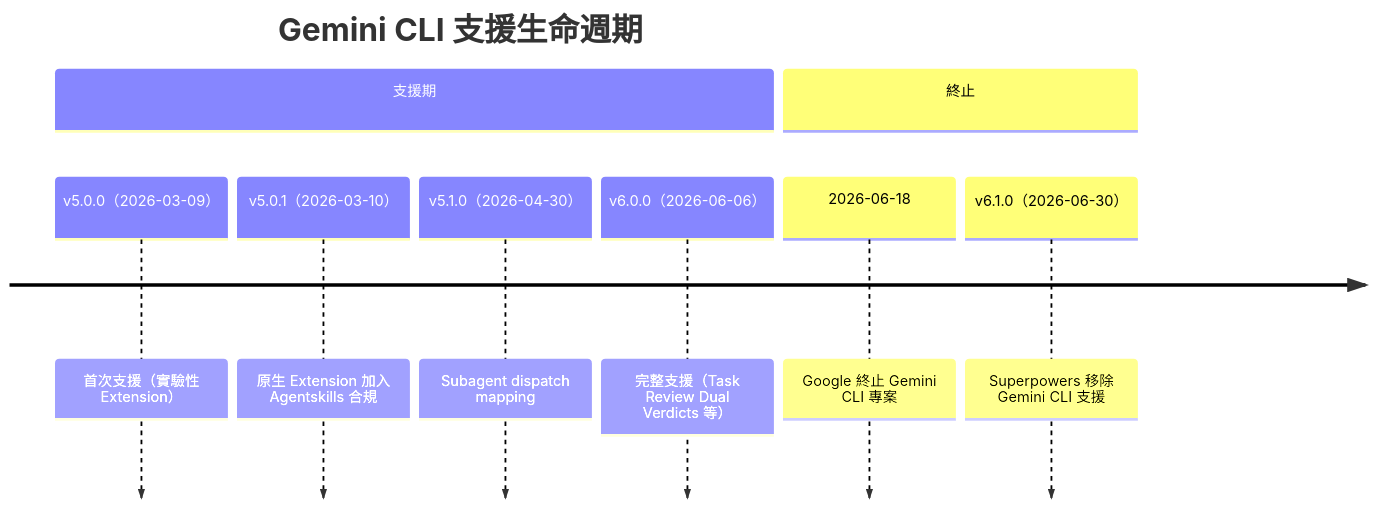
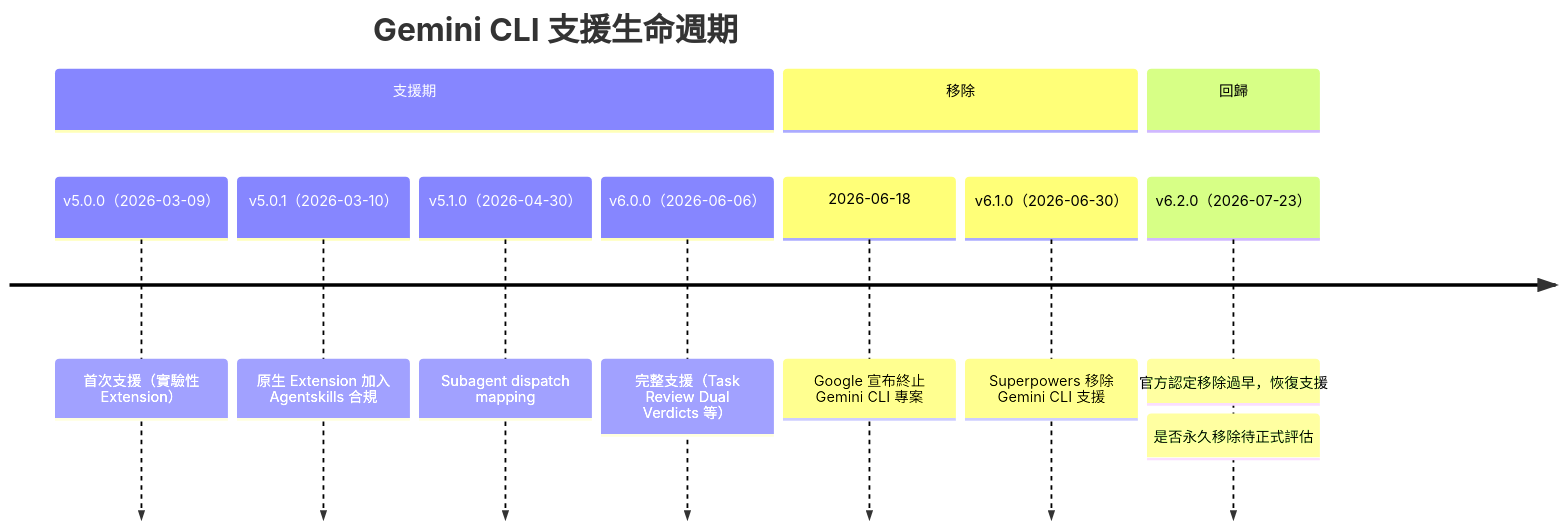
Diagram 45 of 45 in content/posts/教學/AI開發/Superpowers教學手冊.md (chihhung/Blog), drawn with Mermaid before and after one commit. The commit also changed other lines of this file, not shown here.

````diff
--- a/content/posts/教學/AI開發/Superpowers教學手冊.md
+++ b/content/posts/教學/AI開發/Superpowers教學手冊.md
@@ -6358,12 +6567,15 @@
 ```mermaid
 timeline
     title Gemini CLI 支援生命週期
     section 支援期
         v5.0.0（2026-03-09） : 首次支援（實驗性 Extension）
         v5.0.1（2026-03-10） : 原生 Extension 加入 Agentskills 合規
         v5.1.0（2026-04-30） : Subagent dispatch mapping
         v6.0.0（2026-06-06） : 完整支援（Task Review Dual Verdicts 等）
-    section 終止
-        2026-06-18 : Google 終止 Gemini CLI 專案
+    section 移除
+        2026-06-18 : Google 宣布終止 Gemini CLI 專案
         v6.1.0（2026-06-30） : Superpowers 移除 Gemini CLI 支援
+    section 回歸
+        v6.2.0（2026-07-23） : 官方認定移除過早，恢復支援
+                              : 是否永久移除待正式評估
 ```
````
